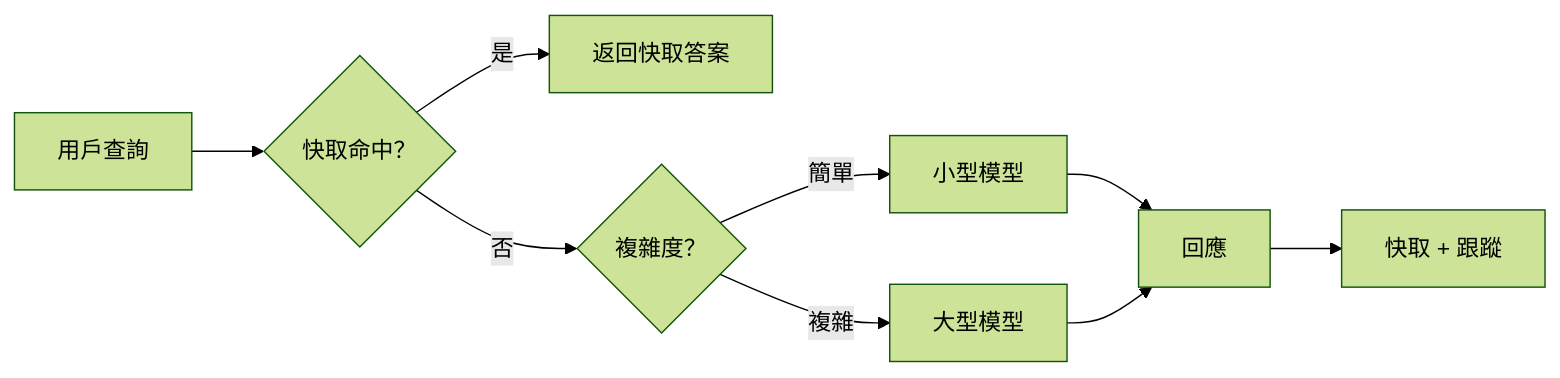
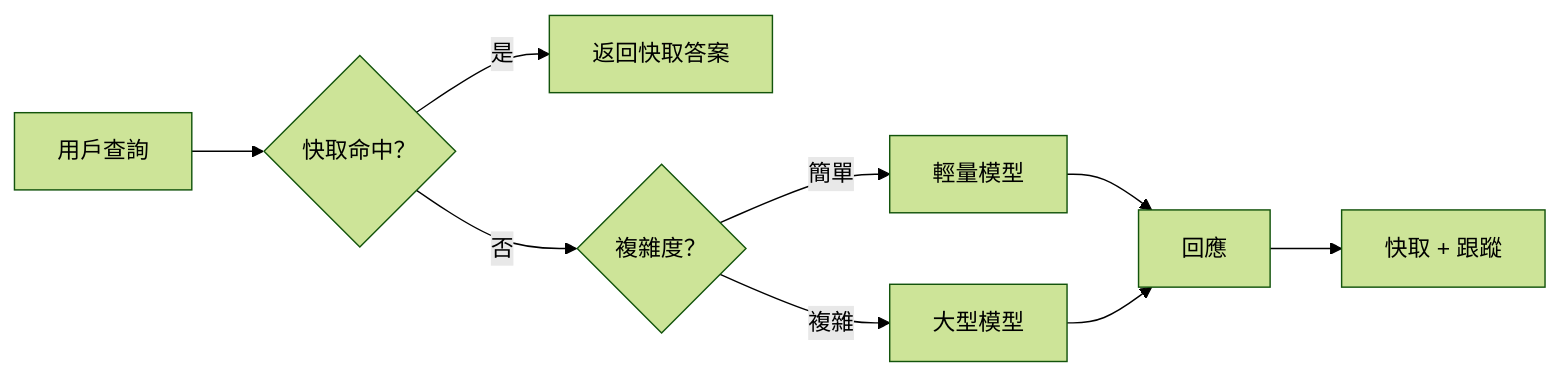
One commit to microsoft/ai-agents-for-beginners changed the third of 4 diagrams in translations/zh-HK/16-deploying-scalable-agents/README.md. Above: the diagram before and after it, drawn with Mermaid (forest theme). The commit also changed other lines of this file and 44 other files, not shown here.

````diff
--- a/translations/zh-HK/16-deploying-scalable-agents/README.md
+++ b/translations/zh-HK/16-deploying-scalable-agents/README.md
@@ -134,11 +134,11 @@
 ```mermaid
 flowchart LR
     Q[用戶查詢] --> C{快取命中？}
     C -->|是| R[返回快取答案]
     C -->|否| Router{複雜度？}
-    Router -->|簡單| SLM[小型模型]
+    Router -->|簡單| SLM[輕量模型]
     Router -->|複雜| LLM[大型模型]
     SLM --> Out[回應]
     LLM --> Out
     Out --> Store[快取 + 跟蹤]
 ```
````
